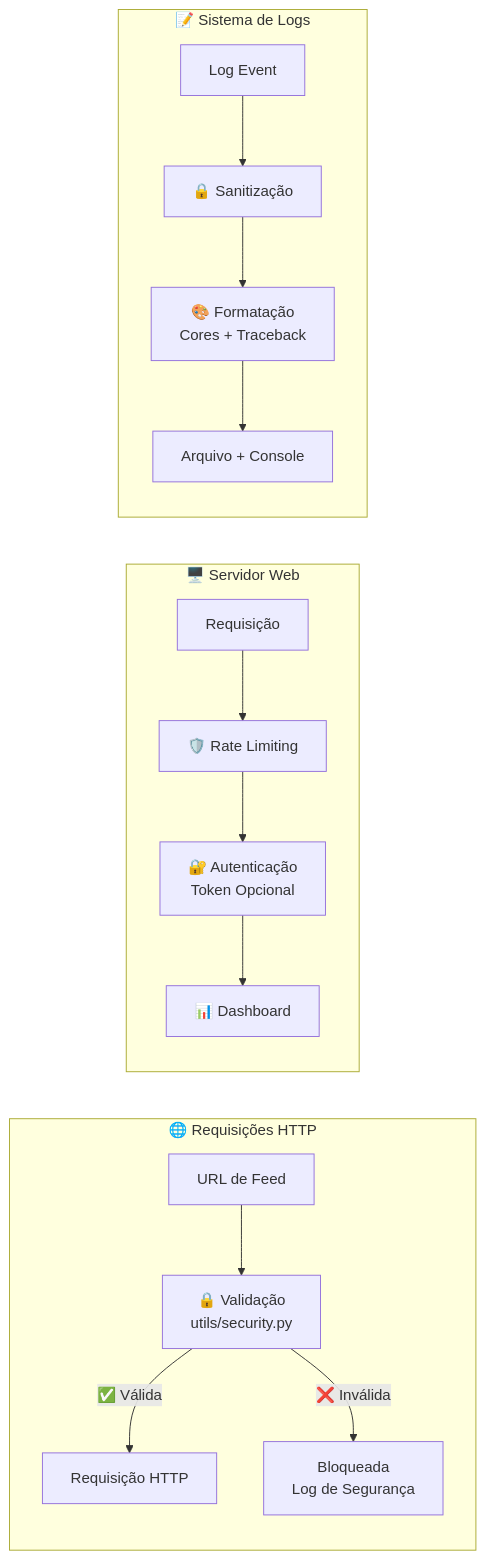
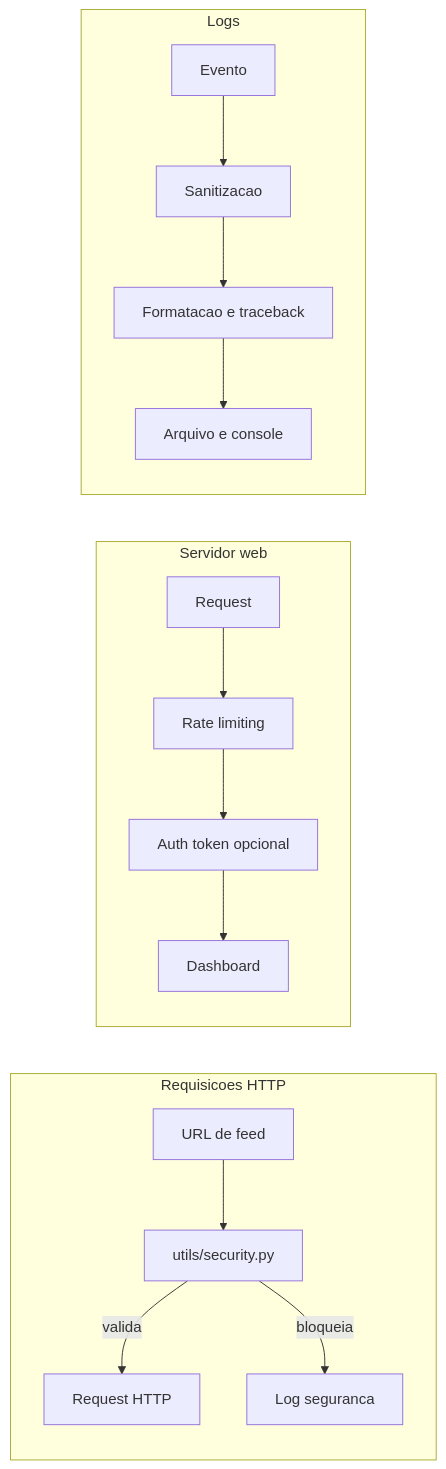
The fourth of 5 diagrams in README.md (carmipa/gundam-news-discord), drawn with Mermaid before and after one commit. The commit also changed other lines of this file and 1 other file, not shown here.

Commit message:
docs: Move architecture documentation to a dedicated file and improve README diagrams for GitHub rendering.

````diff
--- a/README.md
+++ b/README.md
@@ -232,20 +230,20 @@
 ```mermaid
 flowchart LR
-    subgraph "🌐 Requisições HTTP"
-        A["URL de Feed"] --> B["🔒 Validação<br/>utils/security.py"]
-        B -->|"✅ Válida"| C["Requisição HTTP"]
-        B -->|"❌ Inválida"| D["Bloqueada<br/>Log de Segurança"]
+    subgraph http["Requisicoes HTTP"]
+        A["URL de feed"] --> B["utils/security.py"]
+        B -->|valida| C["Request HTTP"]
+        B -->|bloqueia| D["Log seguranca"]
     end
-    
-    subgraph "🖥️ Servidor Web"
-        E["Requisição"] --> F["🛡️ Rate Limiting"]
-        F --> G["🔐 Autenticação<br/>Token Opcional"]
-        G --> H["📊 Dashboard"]
+
+    subgraph web["Servidor web"]
+        E["Request"] --> F["Rate limiting"]
+        F --> G["Auth token opcional"]
+        G --> H["Dashboard"]
     end
-    
-    subgraph "📝 Sistema de Logs"
-        I["Log Event"] --> J["🔒 Sanitização"]
-        J --> K["🎨 Formatação<br/>Cores + Traceback"]
-        K --> L["Arquivo + Console"]
+
+    subgraph logsys["Logs"]
+        I["Evento"] --> J["Sanitizacao"]
+        J --> K["Formatacao e traceback"]
+        K --> L["Arquivo e console"]
     end
 ```
````
